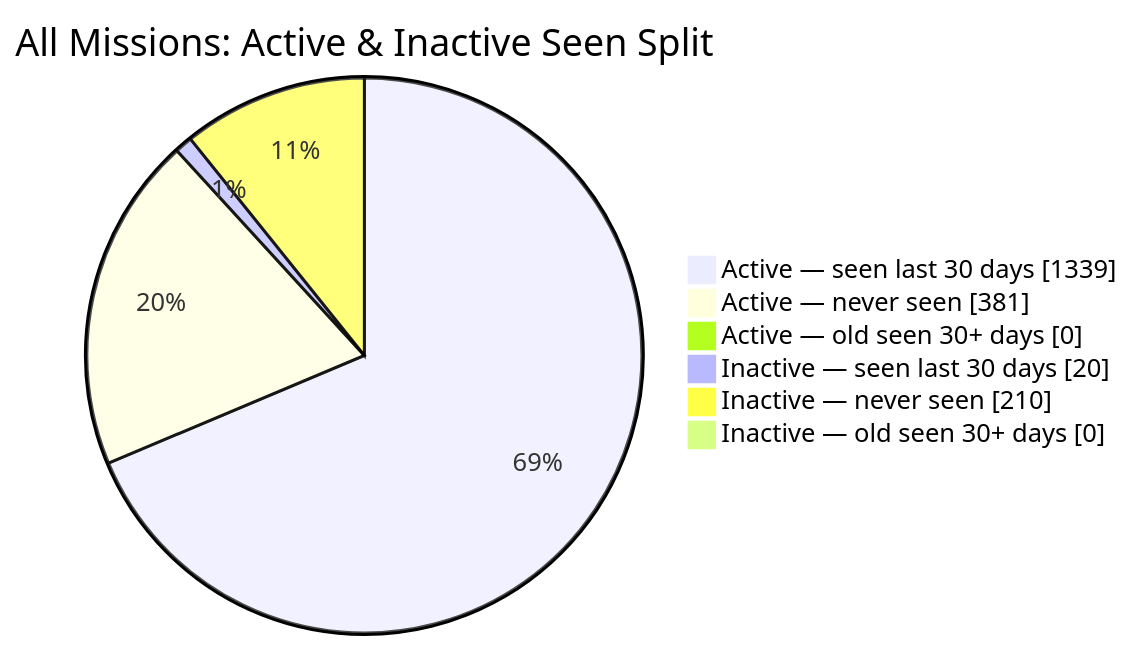
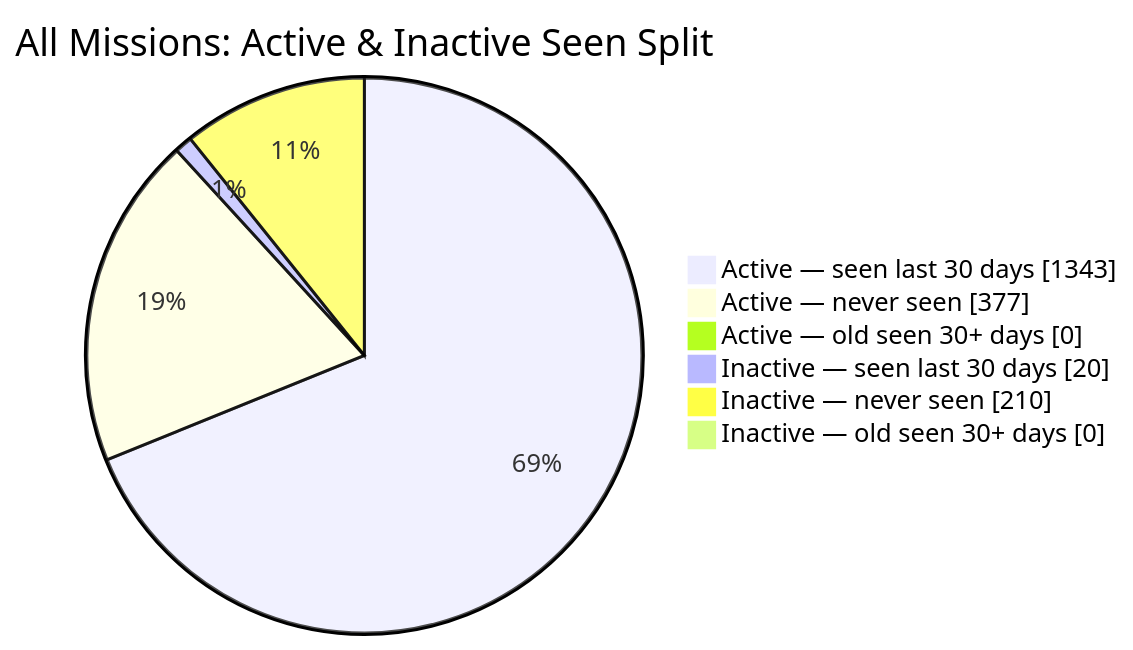
The second of 2 diagrams in README.md (MeldkamerspelGameTeam/active-missions), drawn with Mermaid before and after one commit. The commit also changed other lines of this file and 2 other files, not shown here.

````diff
--- a/README.md
+++ b/README.md
@@ -44,10 +44,10 @@
 ```mermaid
 pie showData
     title All Missions: Active & Inactive Seen Split
-    "Active — seen last 30 days" : 1339
-    "Active — never seen" : 381
+    "Active — seen last 30 days" : 1343
+    "Active — never seen" : 377
     "Active — old seen 30+ days" : 0
     "Inactive — seen last 30 days" : 20
     "Inactive — never seen" : 210
     "Inactive — old seen 30+ days" : 0
 ```
````
